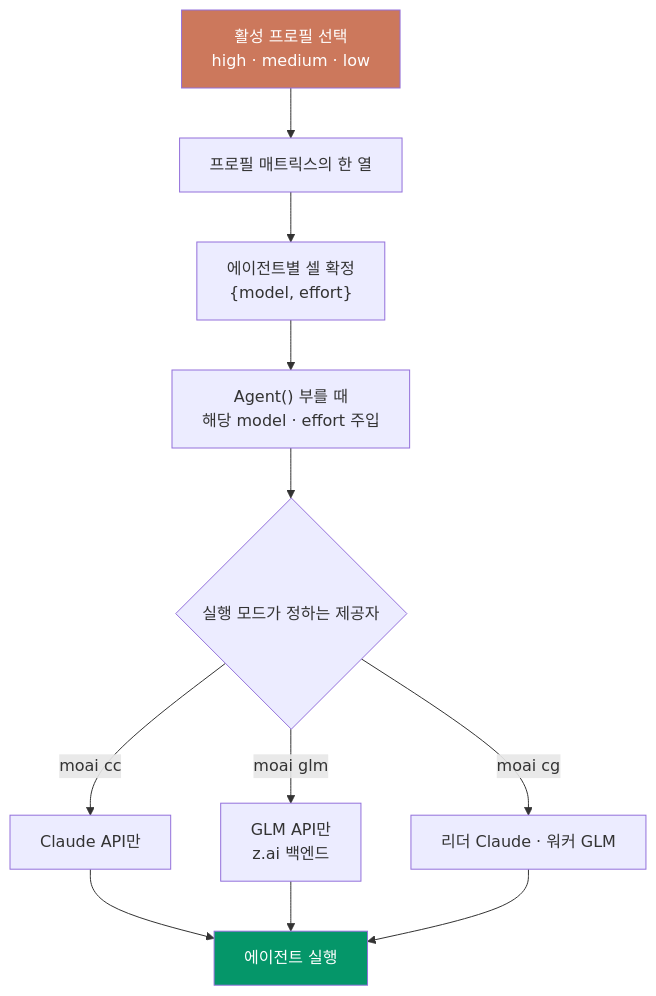
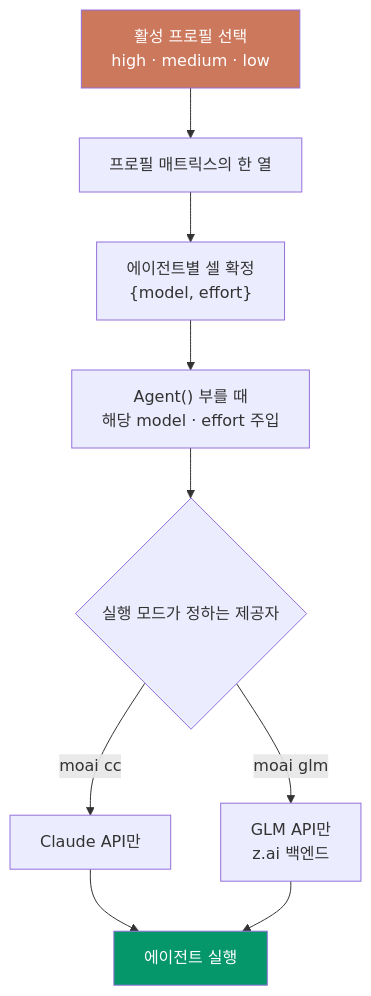
The diagram in docs-site/content/ko/multi-llm/_index.md (modu-ai/moai-adk), drawn with Mermaid before and after one commit. The commit also changed other lines of this file and 1608 other files, not shown here.

````diff
--- a/docs-site/content/ko/multi-llm/_index.md
+++ b/docs-site/content/ko/multi-llm/_index.md
@@ -127,16 +127,14 @@
 ```mermaid
 flowchart TD
     A["활성 프로필 선택<br/>high · medium · low"] --> B["프로필 매트릭스의 한 열"]
     B --> C["에이전트별 셀 확정<br/>{model, effort}"]
     C --> D["Agent() 부를 때<br/>해당 model · effort 주입"]
     D --> E{"실행 모드가 정하는 제공자"}
     E -->|"moai cc"| F["Claude API만"]
     E -->|"moai glm"| G["GLM API만<br/>z.ai 백엔드"]
-    E -->|"moai cg"| H["리더 Claude · 워커 GLM"]
     F --> I["에이전트 실행"]
     G --> I
-    H --> I
 
     style A fill:#cc785c,color:#fff
     style I fill:#059669,color:#fff
 ```
````
